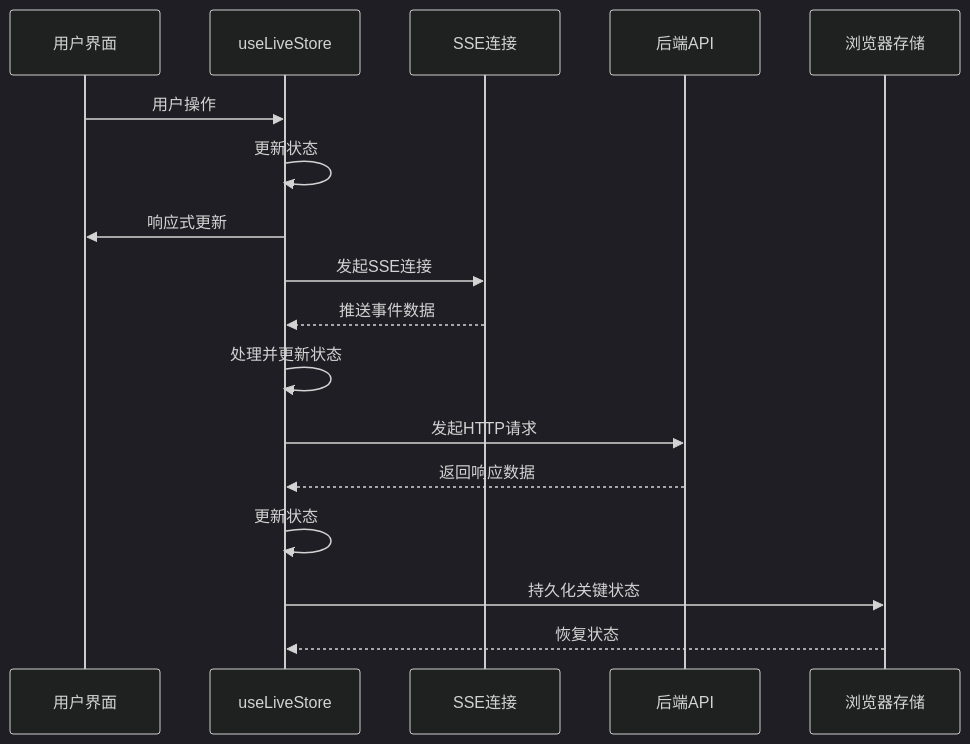
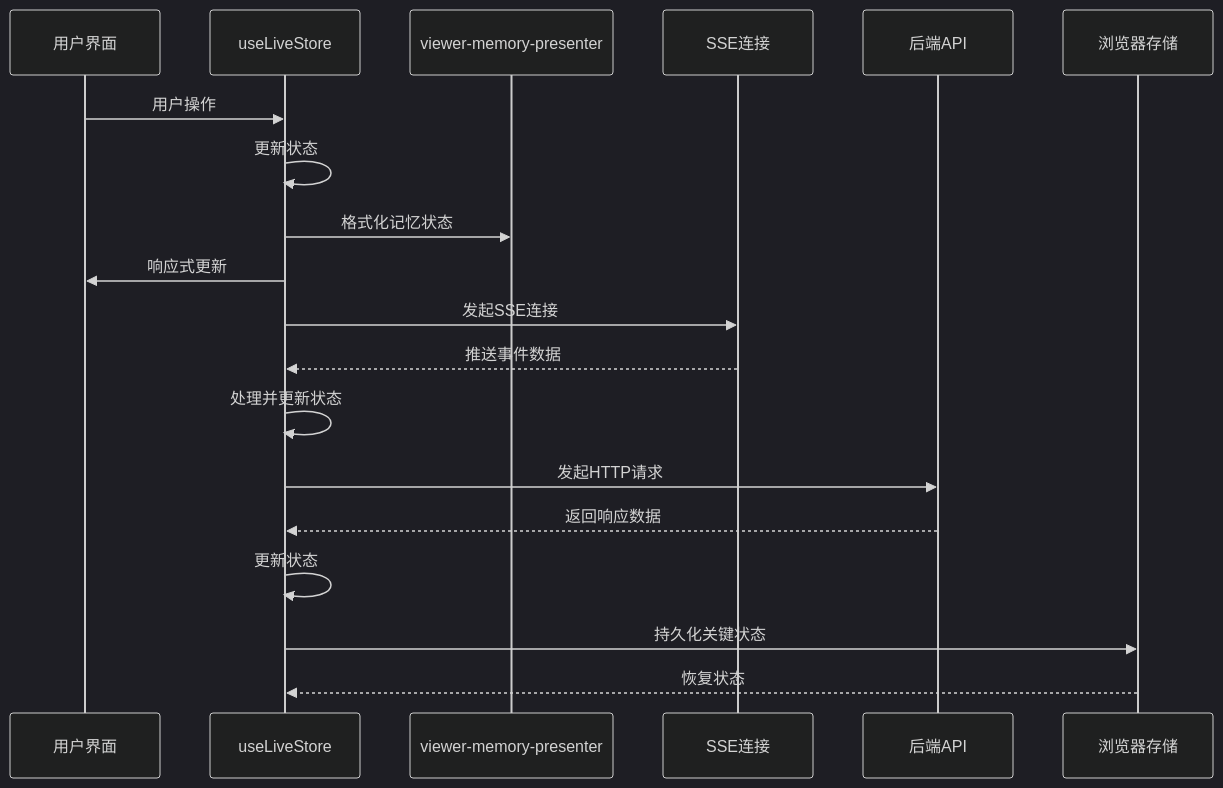
The fourth of 22 diagrams in .qoder/repowiki/zh/content/前端应用/状态管理 (Pinia).md (Moon-Force/DouYin_llm), drawn with Mermaid (dark theme) before and after one commit. The commit also changed other lines of this file and 17 other files, not shown here.

````diff
--- a/.qoder/repowiki/zh/content/前端应用/状态管理 (Pinia).md
+++ b/.qoder/repowiki/zh/content/前端应用/状态管理 (Pinia).md
@@ -168,19 +185,21 @@
 ```mermaid
 sequenceDiagram
 participant UI as 用户界面
 participant Store as useLiveStore
+participant Presenter as viewer-memory-presenter
 participant SSE as SSE连接
 participant API as 后端API
 participant Storage as 浏览器存储
 UI->>Store : 用户操作
 Store->>Store : 更新状态
+Store->>Presenter : 格式化记忆状态
 Store->>UI : 响应式更新
 Store->>SSE : 发起SSE连接
 SSE-->>Store : 推送事件数据
 Store->>Store : 处理并更新状态
 Store->>API : 发起HTTP请求
 API-->>Store : 返回响应数据
 Store->>Store : 更新状态
 Store->>Storage : 持久化关键状态
 Storage-->>Store : 恢复状态
 ```
````
